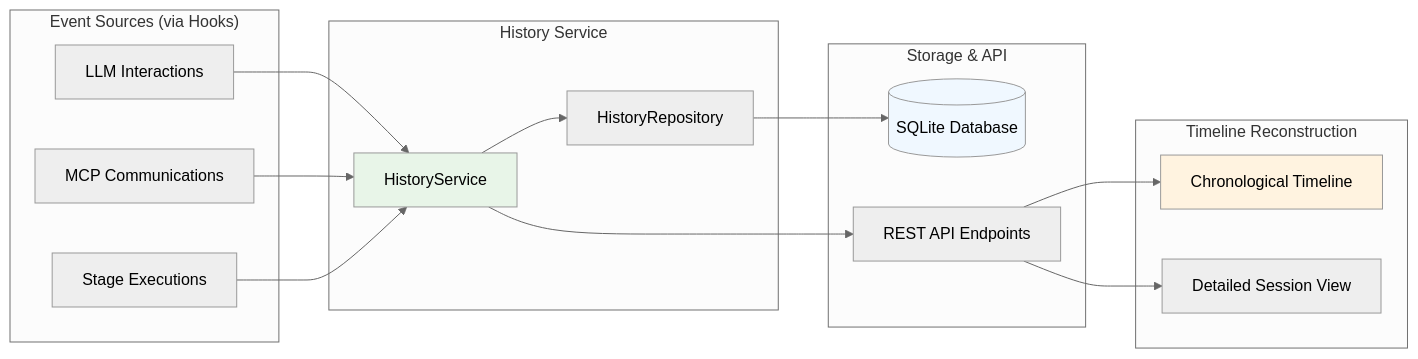
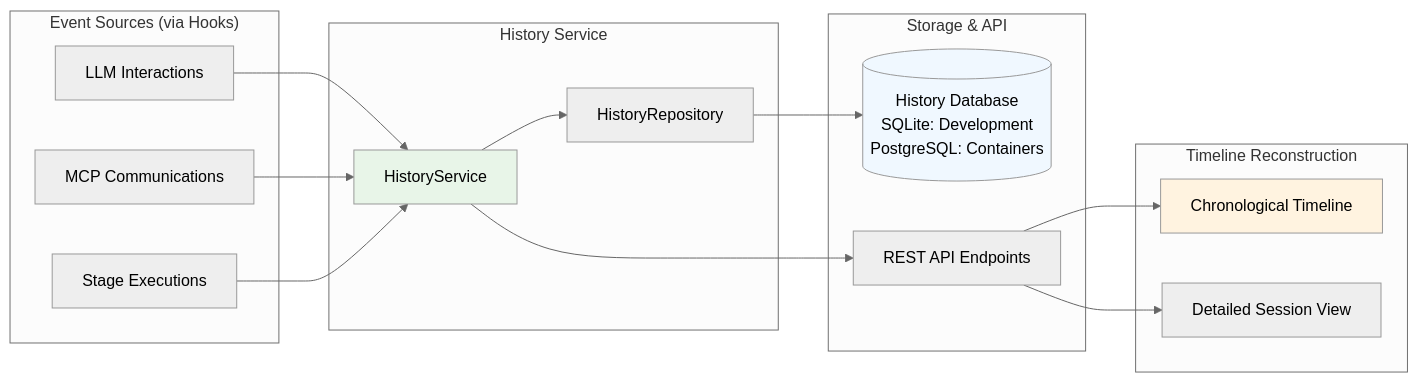
The eighth of 12 diagrams in docs/functional-areas-design.md (rsoaresd/tarsy-bot), drawn with Mermaid (neutral theme) before and after one commit. The commit also changed other lines of this file and 60 other files, not shown here.

````diff
--- a/docs/functional-areas-design.md
+++ b/docs/functional-areas-design.md
@@ -910,38 +915,38 @@
 ```mermaid
 graph LR
     subgraph "Event Sources (via Hooks)"
         LLM[LLM Interactions]
         MCP[MCP Communications]
         Stage[Stage Executions]
     end
     
     subgraph "History Service"
         HS[HistoryService]
         Repo[HistoryRepository]
     end
     
     subgraph "Storage & API"
-        DB[(SQLite Database)]
+        DB[(History Database<br/>SQLite: Development<br/>PostgreSQL: Containers)]
         API[REST API Endpoints]
     end
     
     subgraph "Timeline Reconstruction"
         Timeline[Chronological Timeline]
         Details[Detailed Session View]
     end
     
     LLM --> HS
     MCP --> HS
     Stage --> HS
     
     HS --> Repo
     Repo --> DB
     
     HS --> API
     API --> Timeline
     API --> Details
     
     style HS fill:#e8f5e8
     style DB fill:#f0f8ff
     style Timeline fill:#fff3e0
 ```
````
